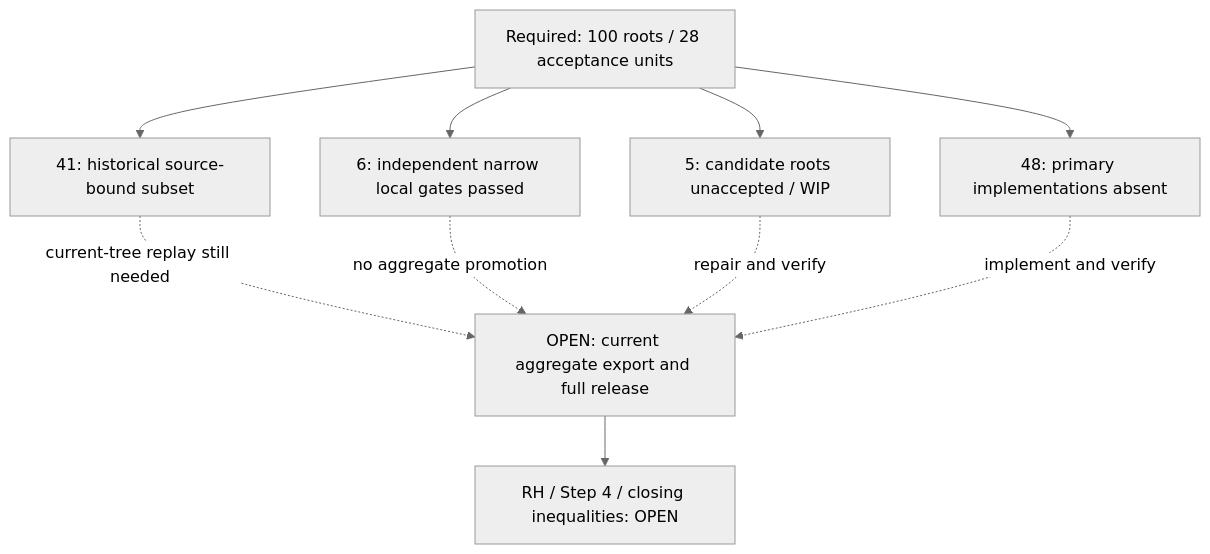
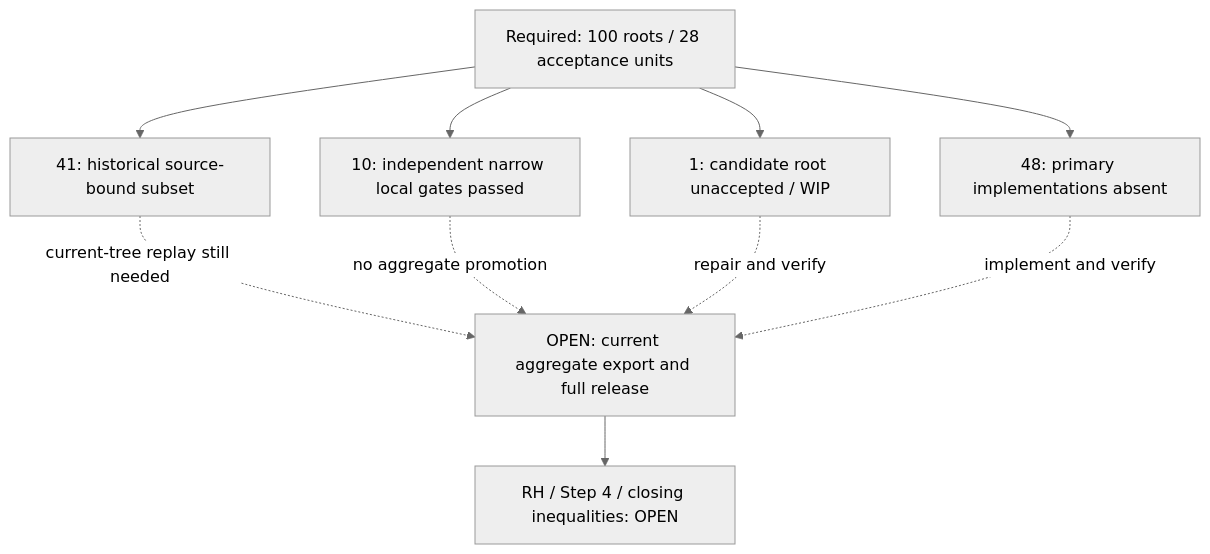
One commit to HMarcusWH/zeta-23-lean changed the first of 2 diagrams in research/RHRC/graph/OPICA_FOLLOWUP_CURRENT_STATE.md. Above: the diagram before and after it, drawn with Mermaid (neutral theme). The commit also changed other lines of this file and 261 other files, not shown here.

````diff
--- a/research/RHRC/graph/OPICA_FOLLOWUP_CURRENT_STATE.md
+++ b/research/RHRC/graph/OPICA_FOLLOWUP_CURRENT_STATE.md
@@ -18,13 +18,13 @@
 ```mermaid
 flowchart TD
   required["Required: 100 roots / 28 acceptance units"]
   required --> historical["41: historical source-bound subset"]
-  required --> narrow["6: independent narrow local gates passed"]
-  required --> wip["5: candidate roots unaccepted / WIP"]
+  required --> narrow["10: independent narrow local gates passed"]
+  required --> wip["1: candidate root unaccepted / WIP"]
   required --> absent["48: primary implementations absent"]
   historical -. "current-tree replay still needed" .-> acceptance["OPEN: current aggregate export and full release"]
   narrow -. "no aggregate promotion" .-> acceptance
   wip -. "repair and verify" .-> acceptance
   absent -. "implement and verify" .-> acceptance
   acceptance --> terminal["RH / Step 4 / closing inequalities: OPEN"]
 ```
````
